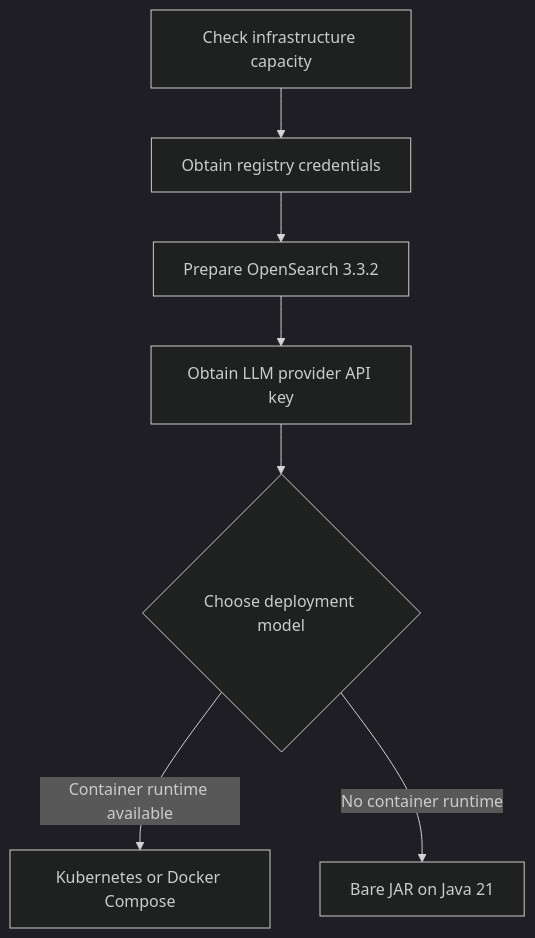
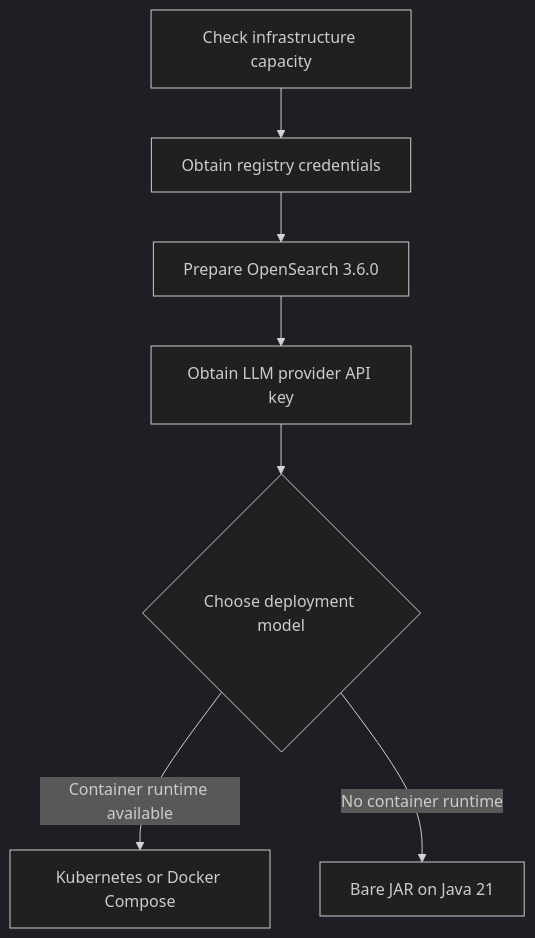
One commit to Uxopian/uxodocs changed the diagram in docs/uxopian-ai/installation/requirements.md. Above: the diagram before and after it, drawn with Mermaid (dark theme). The commit also changed other lines of this file and 3 other files, not shown here.

````diff
--- a/docs/uxopian-ai/installation/requirements.md
+++ b/docs/uxopian-ai/installation/requirements.md
@@ -13,9 +13,9 @@
 ```mermaid
 flowchart TD
     A[Check infrastructure capacity] --> B[Obtain registry credentials]
-    B --> C[Prepare OpenSearch 3.3.2]
+    B --> C[Prepare OpenSearch 3.6.0]
     C --> D[Obtain LLM provider API key]
     D --> E{Choose deployment model}
     E -->|Container runtime available| F[Kubernetes or Docker Compose]
     E -->|No container runtime| G[Bare JAR on Java 21]
 ```
````
